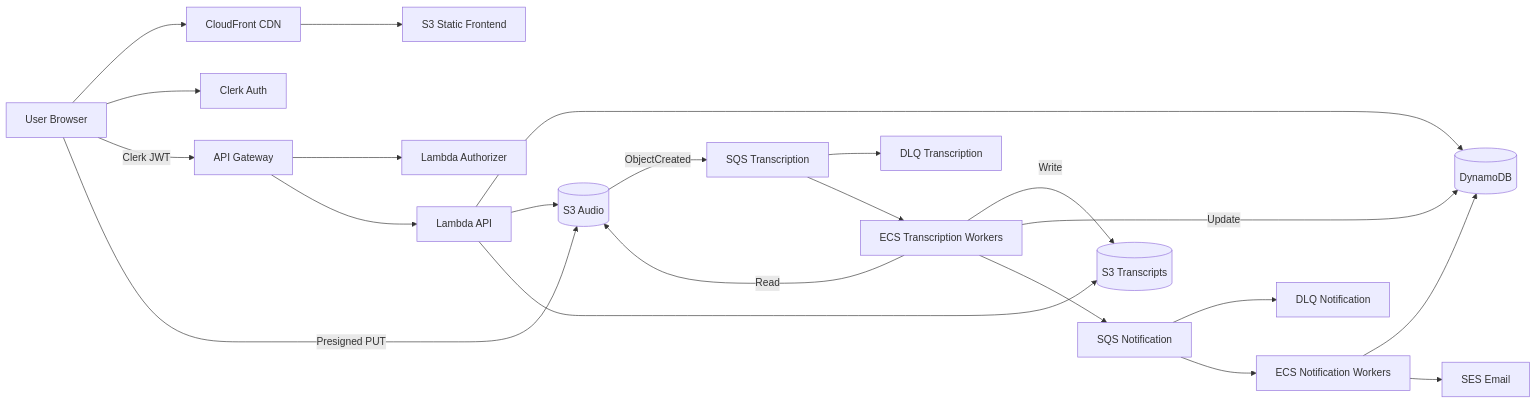
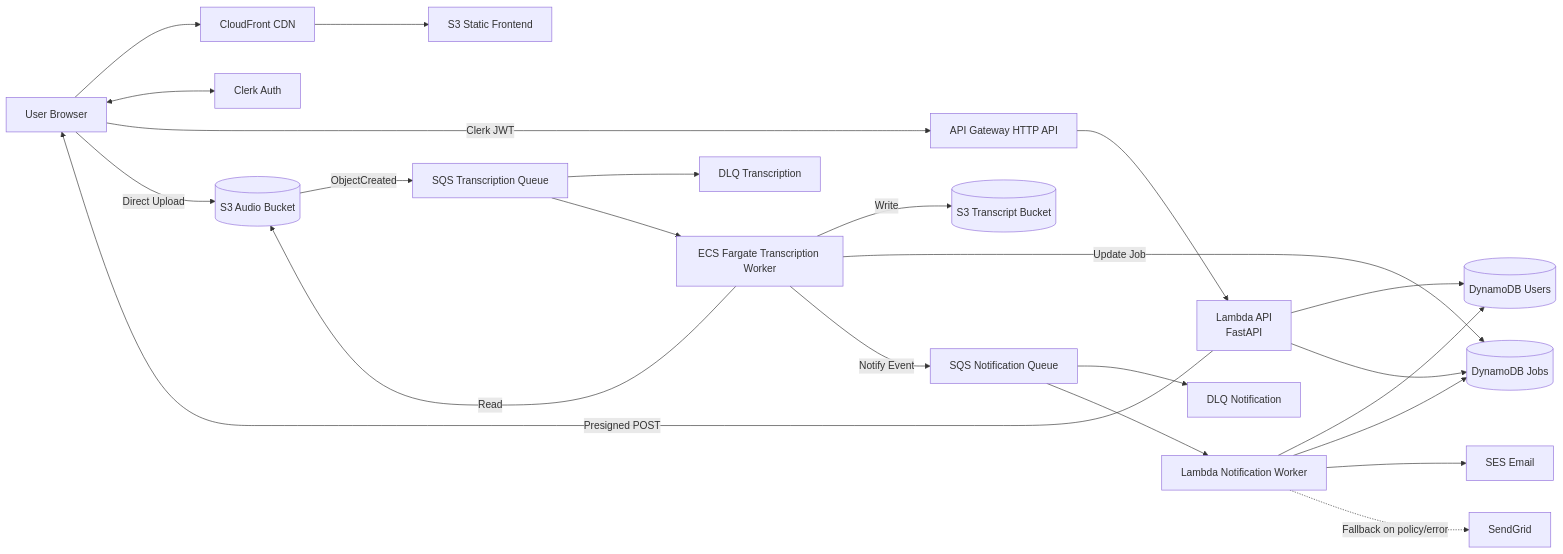
One commit to CodeBy-HP/audio-transcription-aws changed the diagram in gameplan.md. Above: the diagram before and after it, drawn with Mermaid. The commit also changed other lines of this file, not shown here.

````diff
--- a/gameplan.md
+++ b/gameplan.md
@@ -37,28 +37,29 @@
 ```mermaid
 flowchart LR
   U[User Browser] --> CF_FE[CloudFront CDN]
   CF_FE --> S3_FE[S3 Static Frontend]
 
-  U --> CLERK[Clerk Auth]
-  U -->|Clerk JWT| APIGW[API Gateway]
-  APIGW --> AUTH[Lambda Authorizer]
-  APIGW --> L[Lambda API]
-  L --> DDB[(DynamoDB)]
-  L --> S3A[(S3 Audio)]
-  L --> S3T[(S3 Transcripts)]
+  U <--> CLERK[Clerk Auth]
+  U -->|Clerk JWT| APIGW[API Gateway HTTP API]
+  APIGW --> LAPI[Lambda API<br/>FastAPI]
+  LAPI --> DDBU[(DynamoDB Users)]
+  LAPI --> DDBJ[(DynamoDB Jobs)]
+  LAPI -->|Presigned POST| U
 
-  U -->|Presigned PUT| S3A
-  S3A -->|ObjectCreated| SQS_TX[SQS Transcription]
+  U -->|Direct Upload| S3A[(S3 Audio Bucket)]
+  S3A -->|ObjectCreated| SQS_TX[SQS Transcription Queue]
   SQS_TX --> DLQ_TX[DLQ Transcription]
 
-  SQS_TX --> ECS_TX[ECS Transcription Workers]
+  SQS_TX --> ECS_TX[ECS Fargate Transcription Worker]
   ECS_TX -->|Read| S3A
-  ECS_TX -->|Write| S3T
-  ECS_TX -->|Update| DDB
-  ECS_TX --> SQS_N[SQS Notification]
+  ECS_TX -->|Write| S3T[(S3 Transcript Bucket)]
+  ECS_TX -->|Update Job| DDBJ
+  ECS_TX -->|Notify Event| SQS_N[SQS Notification Queue]
   SQS_N --> DLQ_N[DLQ Notification]
 
-  SQS_N --> ECS_N[ECS Notification Workers]
-  ECS_N --> DDB
-  ECS_N --> SES[SES Email]
+  SQS_N --> LNOTIF[Lambda Notification Worker]
+  LNOTIF --> DDBU
+  LNOTIF --> DDBJ
+  LNOTIF --> SES[SES Email]
+  LNOTIF -.Fallback on policy/error.-> SENDGRID[SendGrid]
 ```
````
